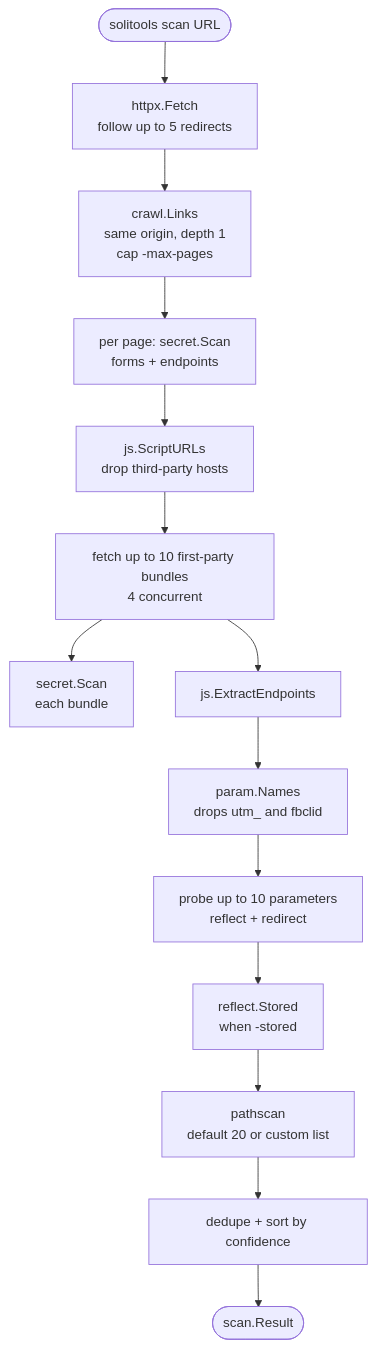
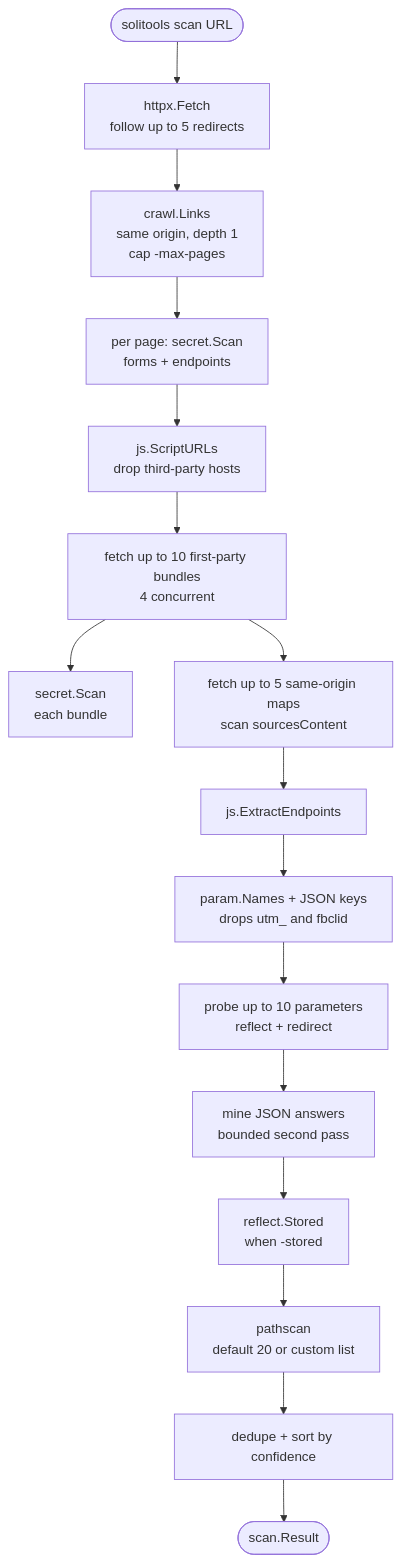
Before and after one commit to soliofski/SoliTools: the second of 7 diagrams in HANDOVER.md, drawn with Mermaid. The commit also changed other lines of this file and 11 other files, not shown here.

````diff
--- a/HANDOVER.md
+++ b/HANDOVER.md
@@ -321,16 +321,18 @@
 ```mermaid
 flowchart TD
     START(["solitools scan URL"]) --> FETCH["httpx.Fetch<br/>follow up to 5 redirects"]
     FETCH --> CRAWL["crawl.Links<br/>same origin, depth 1<br/>cap -max-pages"]
     CRAWL --> PAGE["per page: secret.Scan<br/>forms + endpoints"]
     PAGE --> SCRIPTS["js.ScriptURLs<br/>drop third-party hosts"]
     SCRIPTS --> FETCHJS["fetch up to 10 first-party bundles<br/>4 concurrent"]
     FETCHJS --> SEC2["secret.Scan<br/>each bundle"]
-    FETCHJS --> ENDP["js.ExtractEndpoints"]
-    ENDP --> PARAMS["param.Names<br/>drops utm_ and fbclid"]
+    FETCHJS --> MAPS["fetch up to 5 same-origin maps<br/>scan sourcesContent"]
+    MAPS --> ENDP["js.ExtractEndpoints"]
+    ENDP --> PARAMS["param.Names + JSON keys<br/>drops utm_ and fbclid"]
     PARAMS --> PROBE["probe up to 10 parameters<br/>reflect + redirect"]
-    PROBE --> STORED["reflect.Stored<br/>when -stored"]
+    PROBE --> JSONP["mine JSON answers<br/>bounded second pass"]
+    JSONP --> STORED["reflect.Stored<br/>when -stored"]
     STORED --> PATHS["pathscan<br/>default 20 or custom list"]
     PATHS --> DEDUPE["dedupe + sort by confidence"]
     DEDUPE --> OUT(["scan.Result"])
 ```
````
